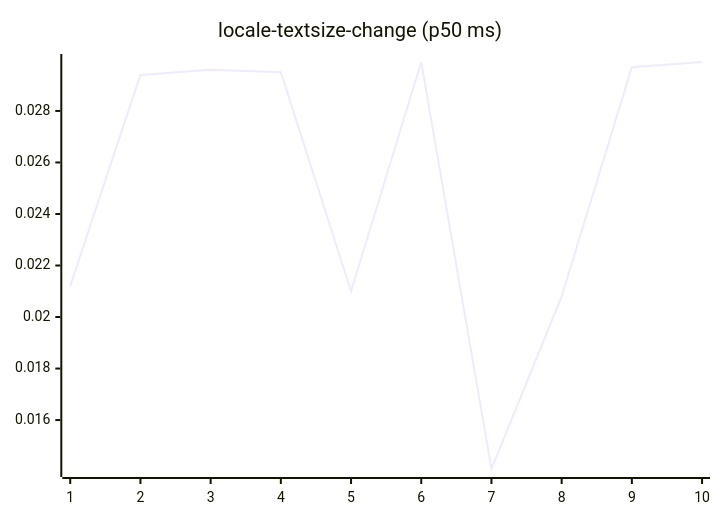
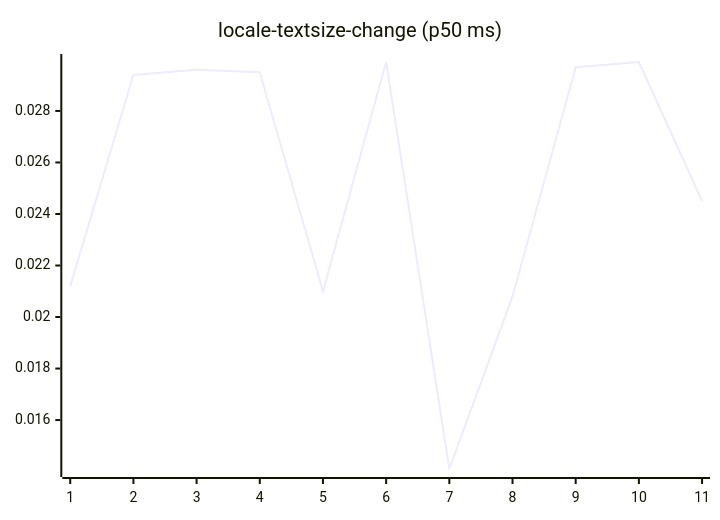
One commit to josha/Facet changed diagram 13 of 27 in README.md. Above: the diagram before and after it, drawn with Mermaid. The commit also changed other lines of this file and 2 other files, not shown here.

````diff
--- a/README.md
+++ b/README.md
@@ -147,6 +147,6 @@
 ```mermaid
 xychart-beta
     title "locale-textsize-change (p50 ms)"
-    x-axis 1 --> 10
-    line [0.0212, 0.0294, 0.0296, 0.0295, 0.0210, 0.0299, 0.0141, 0.0208, 0.0297, 0.0299]
+    x-axis 1 --> 11
+    line [0.0212, 0.0294, 0.0296, 0.0295, 0.0210, 0.0299, 0.0141, 0.0208, 0.0297, 0.0299, 0.0245]
 ```
````
